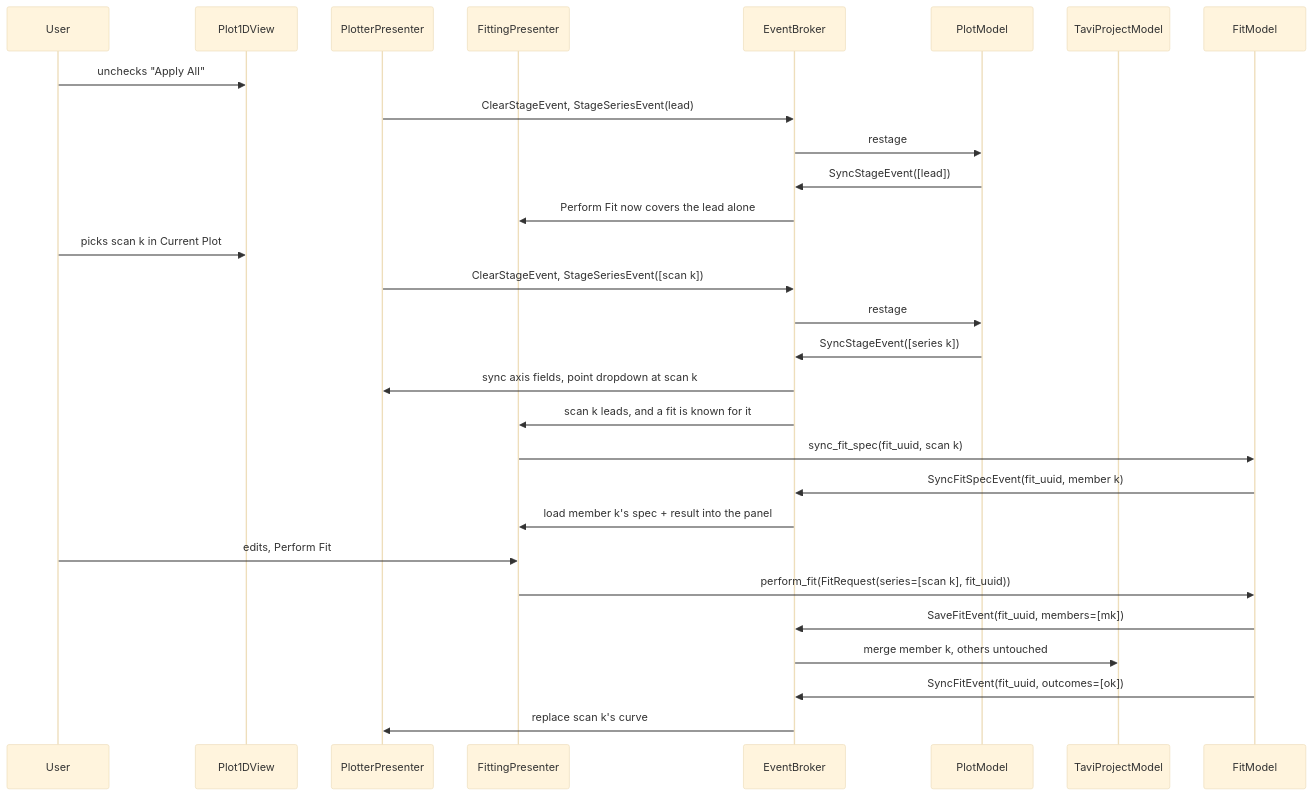
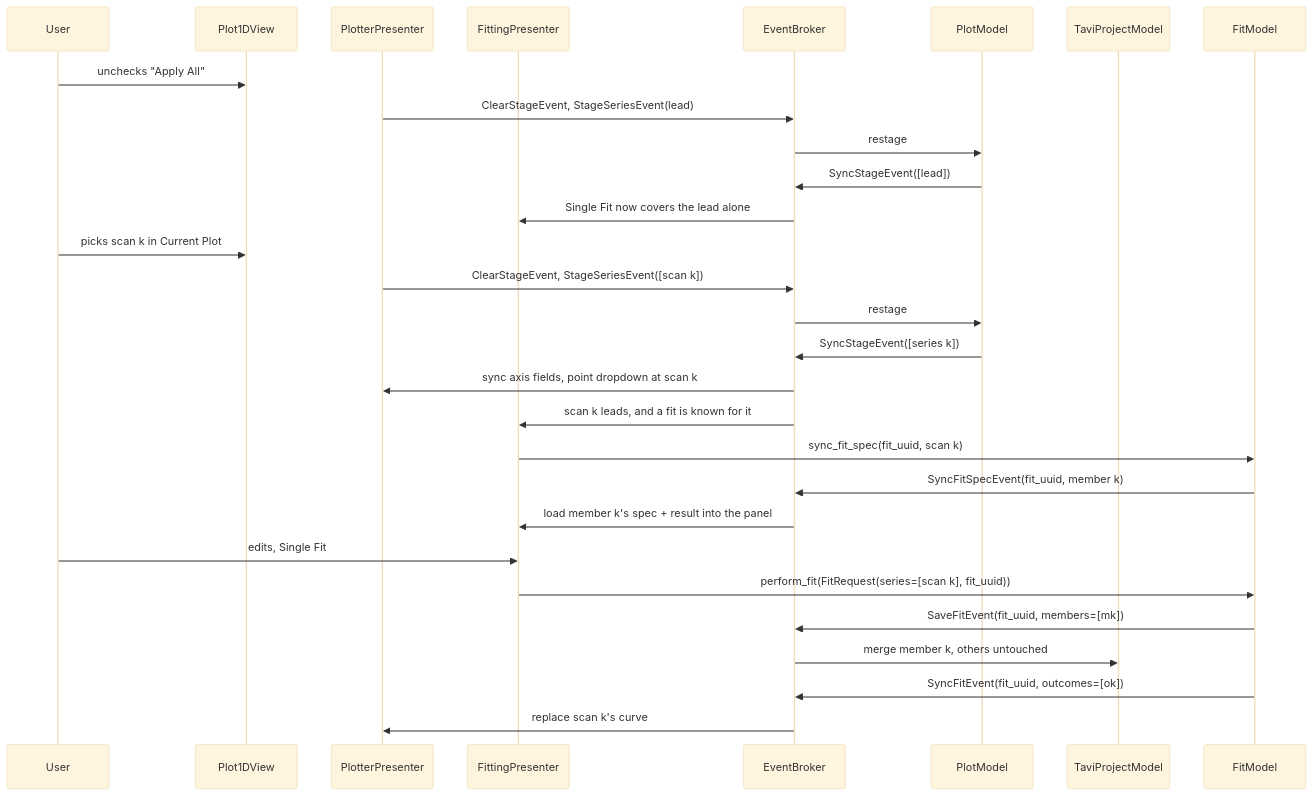
The sixth of 8 diagrams in docs/source/design/frontend/fit_data_model.rst (neutrons/TAVI), drawn with Mermaid (base theme) before and after one commit. The commit also changed other lines of this file and 9 other files, not shown here.

Commit message:
add a group fit button to distinguish with single fit

```diff
--- a/docs/source/design/frontend/fit_data_model.rst
+++ b/docs/source/design/frontend/fit_data_model.rst
@@ -503,35 +512,35 @@
 .. mermaid::
 
     sequenceDiagram
         participant User
         participant Plot1DView
         participant PlotterPresenter
         participant FittingPresenter
         participant EventBroker
         participant PlotModel
         participant TaviProjectModel
         participant FitModel
         %% Deprecated: participant FitWindowPresenter
 
         User ->> Plot1DView: unchecks "Apply All"
         PlotterPresenter ->> EventBroker: ClearStageEvent, StageSeriesEvent(lead)
         EventBroker ->> PlotModel: restage
         PlotModel ->> EventBroker: SyncStageEvent([lead])
-        EventBroker ->> FittingPresenter: Perform Fit now covers the lead alone
+        EventBroker ->> FittingPresenter: Single Fit now covers the lead alone
         User ->> Plot1DView: picks scan k in Current Plot
         PlotterPresenter ->> EventBroker: ClearStageEvent, StageSeriesEvent([scan k])
         EventBroker ->> PlotModel: restage
         PlotModel ->> EventBroker: SyncStageEvent([series k])
         EventBroker ->> PlotterPresenter: sync axis fields, point dropdown at scan k
         EventBroker ->> FittingPresenter: scan k leads, and a fit is known for it
         FittingPresenter ->> FitModel: sync_fit_spec(fit_uuid, scan k)
         FitModel ->> EventBroker: SyncFitSpecEvent(fit_uuid, member k)
         EventBroker ->> FittingPresenter: load member k's spec + result into the panel
-        User ->> FittingPresenter: edits, Perform Fit
+        User ->> FittingPresenter: edits, Single Fit
         FittingPresenter ->> FitModel: perform_fit(FitRequest(series=[scan k], fit_uuid))
         FitModel ->> EventBroker: SaveFitEvent(fit_uuid, members=[mk])
         EventBroker ->> TaviProjectModel: merge member k, others untouched
         %% Deprecated: EventBroker ->> FitWindowPresenter: note scan k's window, only if open
         FitModel ->> EventBroker: SyncFitEvent(fit_uuid, outcomes=[ok])
         EventBroker ->> PlotterPresenter: replace scan k's curve
         %% Deprecated: EventBroker ->> FitWindowPresenter: refresh it if noted (never reopens)
```
